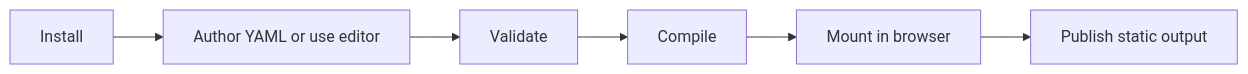
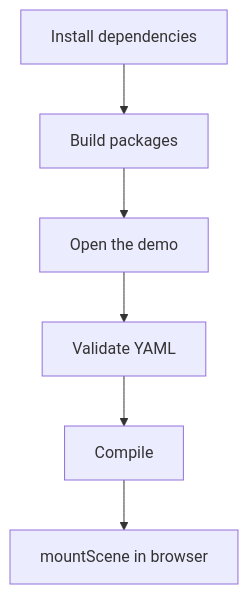
One commit to sebastianwessel/isostate changed the diagram in docs/getting-started.md. Above: the diagram before and after it, drawn with Mermaid. The commit also changed other lines of this file and 15 other files, not shown here.

````diff
--- a/docs/getting-started.md
+++ b/docs/getting-started.md
@@ -5,8 +8,8 @@
 ```mermaid
-flowchart LR
-  Install[Install] --> Author[Author YAML or use editor]
-  Author --> Validate[Validate]
+flowchart TD
+  Install[Install dependencies] --> Build[Build packages]
+  Build --> Demo[Open the demo]
+  Demo --> Validate[Validate YAML]
   Validate --> Compile[Compile]
-  Compile --> Mount[Mount in browser]
-  Mount --> Publish[Publish static output]
+  Compile --> Mount[mountScene in browser]
 ```
````
